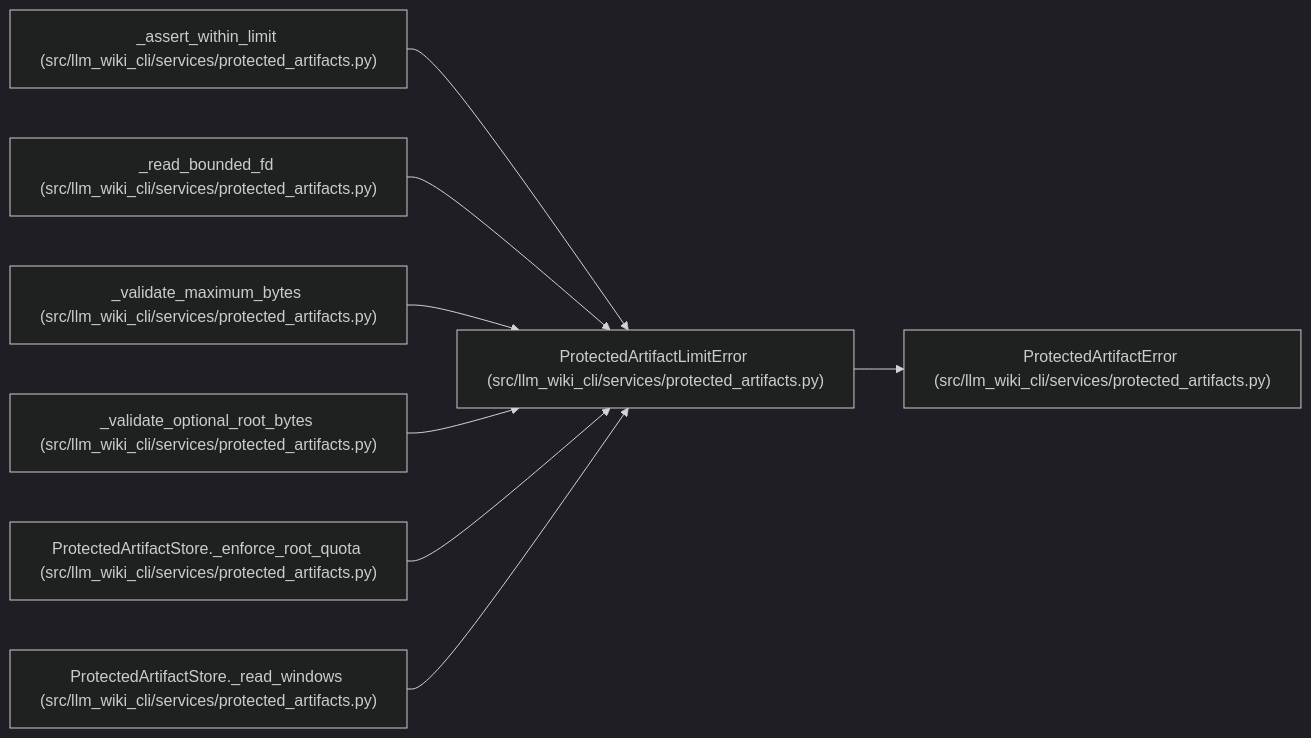
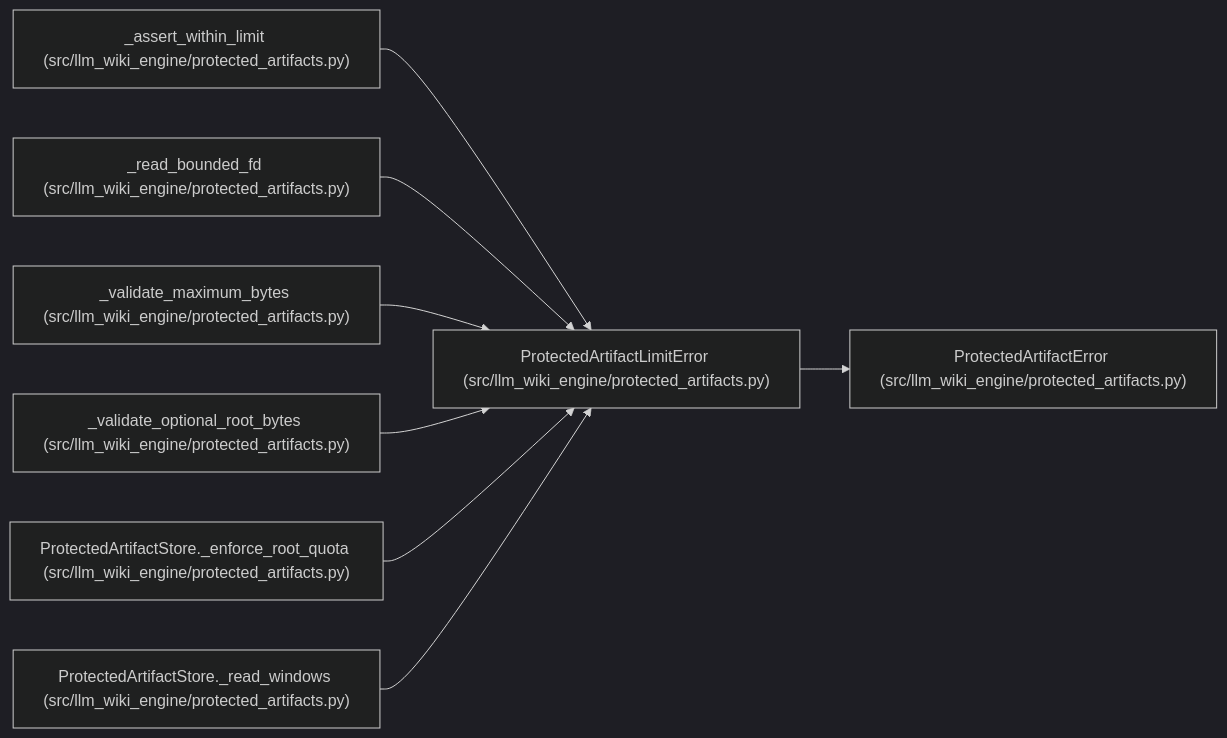
One commit to Denissvgn/python-wiki-llm changed the diagram in docs/llm_wiki/entities/ProtectedArtifactLimitError.md. Above: the diagram before and after it, drawn with Mermaid (dark theme). The commit also changed other lines of this file and 739 other files, not shown here.

First line of the commit message:
docs: refresh the wiki for the second engine batch

````diff
--- a/docs/llm_wiki/entities/ProtectedArtifactLimitError.md
+++ b/docs/llm_wiki/entities/ProtectedArtifactLimitError.md
@@ -23,26 +23,26 @@
 ```mermaid
 flowchart LR
-    n0["ProtectedArtifactLimitError (src/llm_wiki_cli/services/protected_artifacts.py)"]
-    n1["ProtectedArtifactError (src/llm_wiki_cli/services/protected_artifacts.py)"]
-    n2["_assert_within_limit (src/llm_wiki_cli/services/protected_artifacts.py)"]
-    n3["_read_bounded_fd (src/llm_wiki_cli/services/protected_artifacts.py)"]
-    n4["_validate_maximum_bytes (src/llm_wiki_cli/services/protected_artifacts.py)"]
-    n5["_validate_optional_root_bytes (src/llm_wiki_cli/services/protected_artifacts.py)"]
-    n6["ProtectedArtifactStore._enforce_root_quota (src/llm_wiki_cli/services/protected_artifacts.py)"]
-    n7["ProtectedArtifactStore._read_windows (src/llm_wiki_cli/services/protected_artifacts.py)"]
+    n0["ProtectedArtifactLimitError (src/llm_wiki_engine/protected_artifacts.py)"]
+    n1["ProtectedArtifactError (src/llm_wiki_engine/protected_artifacts.py)"]
+    n2["_assert_within_limit (src/llm_wiki_engine/protected_artifacts.py)"]
+    n3["_read_bounded_fd (src/llm_wiki_engine/protected_artifacts.py)"]
+    n4["_validate_maximum_bytes (src/llm_wiki_engine/protected_artifacts.py)"]
+    n5["_validate_optional_root_bytes (src/llm_wiki_engine/protected_artifacts.py)"]
+    n6["ProtectedArtifactStore._enforce_root_quota (src/llm_wiki_engine/protected_artifacts.py)"]
+    n7["ProtectedArtifactStore._read_windows (src/llm_wiki_engine/protected_artifacts.py)"]
     n0 --> n1
     n2 --> n0
     n3 --> n0
     n4 --> n0
     n5 --> n0
     n6 --> n0
     n7 --> n0
     click n0 "../modules/protected_artifacts.md"
     click n1 "../modules/protected_artifacts.md"
     click n2 "../modules/protected_artifacts.md"
     click n3 "../modules/protected_artifacts.md"
     click n4 "../modules/protected_artifacts.md"
     click n5 "../modules/protected_artifacts.md"
     click n6 "../modules/protected_artifacts.md"
     click n7 "../modules/protected_artifacts.md"
 ```
````
